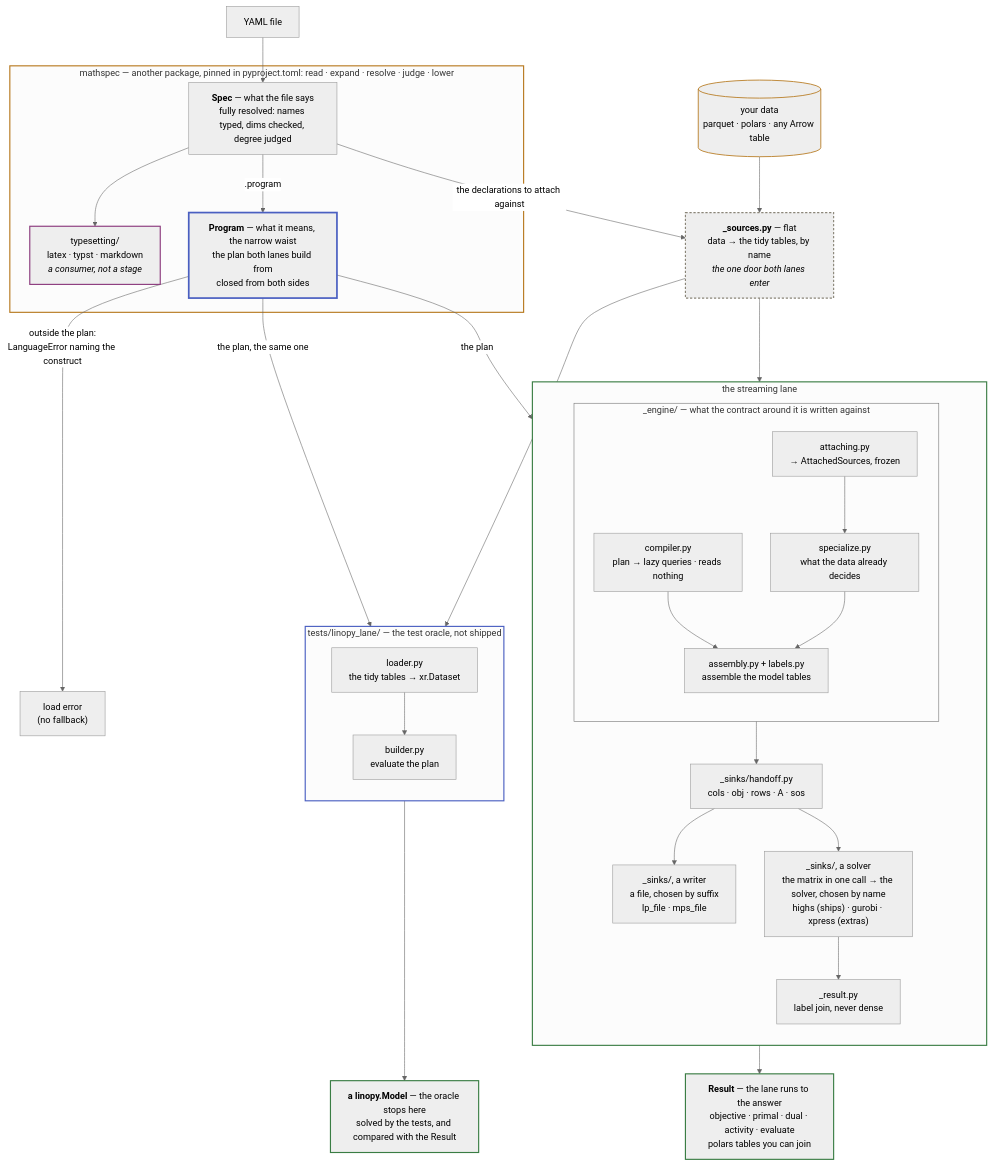
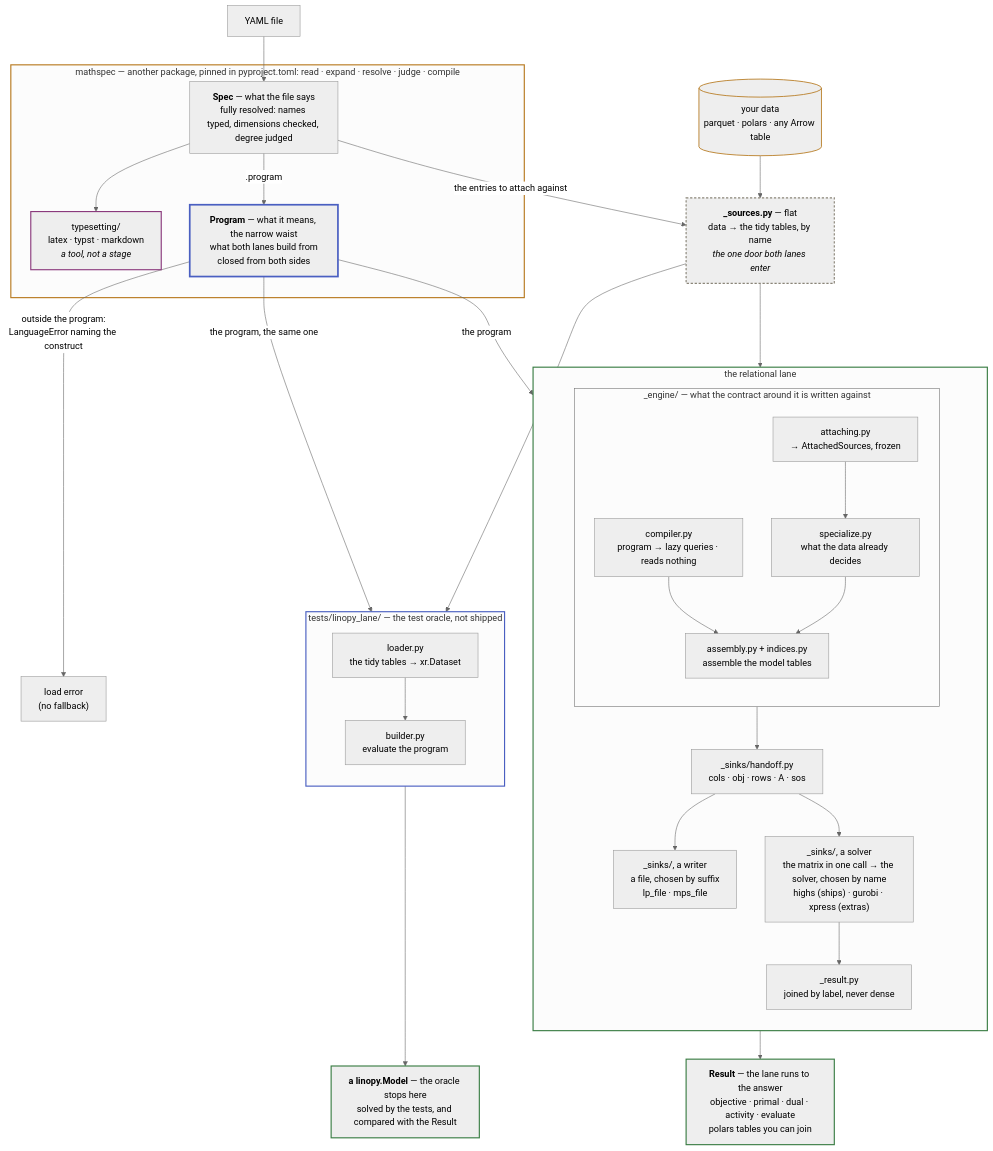
One commit to fluxopt/specsolve changed the diagram in docs/development/architecture.md. Above: the diagram before and after it, drawn with Mermaid (neutral theme). The commit also changed other lines of this file and 257 other files, not shown here.

````diff
--- a/docs/development/architecture.md
+++ b/docs/development/architecture.md
@@ -19,60 +19,60 @@
 ```mermaid
 flowchart TB
     Y[YAML file] --> SPEC
     DATA[("your data<br/>parquet · polars · any Arrow table")] --> SRC
 
-    subgraph MS["mathspec — another package, pinned in pyproject.toml: read · expand · resolve · judge · lower"]
-        SPEC["<b>Spec</b> — what the file says<br/>fully resolved: names typed, dims checked, degree judged"]
-        SPEC --> TS["typesetting/<br/>latex · typst · markdown<br/><i>a consumer, not a stage</i>"]
-        SPEC -->|".program"| PLAN["<b>Program</b> — what it means, the narrow waist<br/>the plan both lanes build from<br/>closed from both sides"]
+    subgraph MS["mathspec — another package, pinned in pyproject.toml: read · expand · resolve · judge · compile"]
+        SPEC["<b>Spec</b> — what the file says<br/>fully resolved: names typed, dimensions checked, degree judged"]
+        SPEC --> TS["typesetting/<br/>latex · typst · markdown<br/><i>a tool, not a stage</i>"]
+        SPEC -->|".program"| PLAN["<b>Program</b> — what it means, the narrow waist<br/>what both lanes build from<br/>closed from both sides"]
     end
 
-    SPEC -->|"the declarations to attach against"| SRC
+    SPEC -->|"the entries to attach against"| SRC
     SRC["<b>_sources.py</b> — flat<br/>data → the tidy tables, by name<br/><i>the one door both lanes enter</i>"]
 
-    PLAN -->|"outside the plan:<br/>LanguageError naming the construct"| ERR["load error<br/>(no fallback)"]
-    PLAN -->|"the plan"| COMP
+    PLAN -->|"outside the program:<br/>LanguageError naming the construct"| ERR["load error<br/>(no fallback)"]
+    PLAN -->|"the program"| COMP
     SRC --> ATTACH
-    PLAN -->|"the plan, the same one"| BUILD
+    PLAN -->|"the program, the same one"| BUILD
     SRC --> LOAD
 
-    subgraph REL["the streaming lane"]
+    subgraph REL["the relational lane"]
         direction TB
         subgraph ENG["_engine/ — what the contract around it is written against"]
             direction TB
-            COMP["compiler.py<br/>plan → lazy queries · reads nothing"] --> ENGINE
+            COMP["compiler.py<br/>program → lazy queries · reads nothing"] --> ENGINE
             ATTACH["attaching.py<br/>→ AttachedSources, frozen"] --> SPECIALIZE["specialize.py<br/>what the data already decides"]
-            SPECIALIZE --> ENGINE["assembly.py + labels.py<br/>assemble the model tables"]
+            SPECIALIZE --> ENGINE["assembly.py + indices.py<br/>assemble the model tables"]
         end
         ENG --> TABLES["_sinks/handoff.py<br/>cols · obj · rows · A · sos"]
         TABLES --> LPS["_sinks/, a writer<br/>a file, chosen by suffix<br/>lp_file · mps_file"]
         TABLES --> DIRECT["_sinks/, a solver<br/>the matrix in one call → the solver, chosen by name<br/>highs (ships) · gurobi · xpress (extras)"]
-        DIRECT --> SOL["_result.py<br/>label join, never dense"]
+        DIRECT --> SOL["_result.py<br/>joined by label, never dense"]
     end
 
     SOL --> ANS["<b>Result</b> — the lane runs to the answer<br/>objective · primal · dual · activity · evaluate<br/>polars tables you can join"]
 
     subgraph LIN["tests/linopy_lane/ — the test oracle, not shipped"]
         direction TB
-        LOAD["loader.py<br/>the tidy tables → xr.Dataset"] --> BUILD["builder.py<br/>evaluate the plan"]
+        LOAD["loader.py<br/>the tidy tables → xr.Dataset"] --> BUILD["builder.py<br/>evaluate the program"]
     end
 
     BUILD --> MODEL["<b>a linopy.Model</b> — the oracle stops here<br/>solved by the tests, and compared with the Result"]
 
     classDef laneL stroke:#b7791f,stroke-width:2px
     classDef laneR stroke:#3a7d44,stroke-width:2px
     classDef laneE stroke:#4a5fc1,stroke-width:2px
     classDef laneT stroke:#8b3a7d,stroke-width:2px
     classDef waist stroke:#4a5fc1,stroke-width:3px
     classDef flat stroke:#8a8578,stroke-width:2px,stroke-dasharray:4 3
     classDef data stroke:#b7791f,stroke-width:1.5px
     classDef out stroke:#3a7d44,stroke-width:2px
     class MS laneL
     class REL laneR
     class LIN laneE
     class TS laneT
     class PLAN waist
     class SRC flat
     class DATA data
     class ANS,MODEL out
 ```
````
